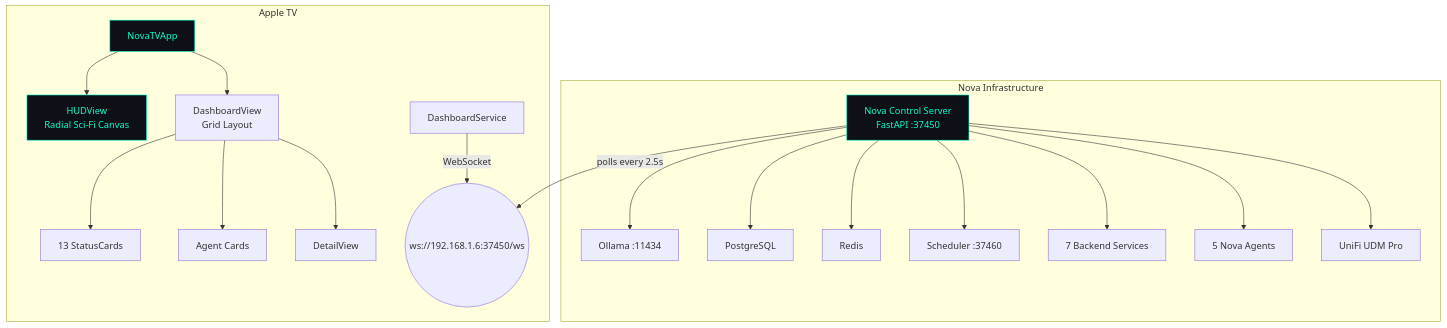
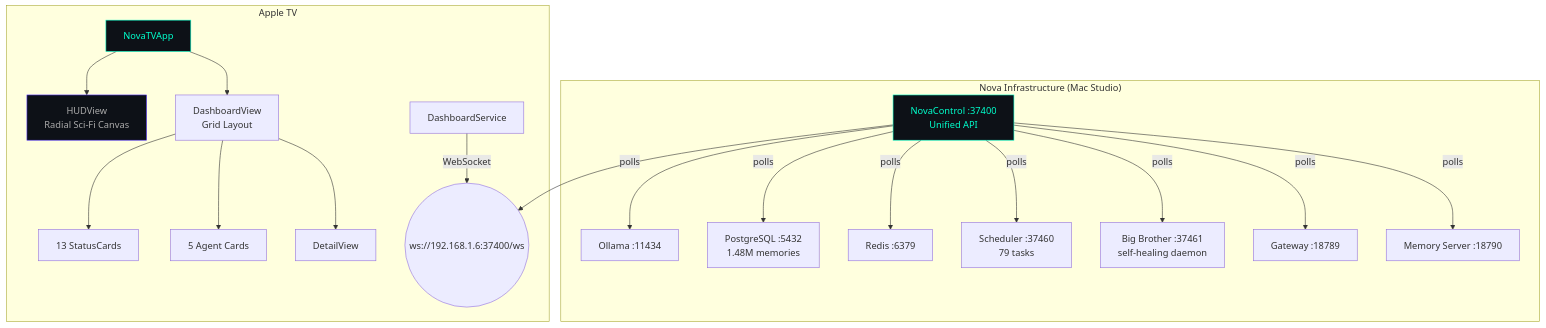
One commit to kochj23/NovaTV changed the diagram in README.md. Above: the diagram before and after it, drawn with Mermaid. The commit also changed other lines of this file, not shown here.

Commit message:
docs: rewrite README — updated to NovaControl :37400, added Big Brother + Memory Server cards, Mermaid diagram

````diff
--- a/README.md
+++ b/README.md
@@ -41,28 +17,28 @@
 ```mermaid
 graph TD
-    subgraph Apple TV
-        A[NovaTVApp] --> B[HUDView<br>Radial Sci-Fi Canvas]
-        A --> C[DashboardView<br>Grid Layout]
-        C --> D[13 StatusCards]
-        C --> E[Agent Cards]
-        C --> F[DetailView]
-        G[DashboardService] -->|WebSocket| H
+    subgraph AppleTV["Apple TV"]
+        App[NovaTVApp] --> HUD[HUDView<br/>Radial Sci-Fi Canvas]
+        App --> Dashboard[DashboardView<br/>Grid Layout]
+        Dashboard --> Cards[13 StatusCards]
+        Dashboard --> Agents[5 Agent Cards]
+        Dashboard --> Detail[DetailView]
+        DS[DashboardService] -->|WebSocket| WS
     end
 
-    H((ws://192.168.1.6:37450/ws))
+    WS((ws://192.168.1.6:37400/ws))
 
-    subgraph Nova Infrastructure
-        I[Nova Control Server<br>FastAPI :37450] --> H
-        I -->|polls every 2.5s| J[Ollama :11434]
-        I --> K[PostgreSQL]
-        I --> L[Redis]
-        I --> M[Scheduler :37460]
-        I --> N[7 Backend Services]
-        I --> O[5 Nova Agents]
-        I --> P[UniFi UDM Pro]
+    subgraph Nova["Nova Infrastructure (Mac Studio)"]
+        NC[NovaControl :37400<br/>Unified API] --> WS
+        NC -->|polls| Ollama[Ollama :11434]
+        NC -->|polls| PG[PostgreSQL :5432<br/>1.48M memories]
+        NC -->|polls| Redis[Redis :6379]
+        NC -->|polls| Sched[Scheduler :37460<br/>79 tasks]
+        NC -->|polls| BB[Big Brother :37461<br/>self-healing daemon]
+        NC -->|polls| GW[Gateway :18789]
+        NC -->|polls| Mem[Memory Server :18790]
     end
 
-    style A fill:#0d1117,stroke:#00ffcc,color:#00ffcc
-    style B fill:#0d1117,stroke:#00ffcc,color:#00ffcc
-    style I fill:#0d1117,stroke:#00ffcc,color:#00ffcc
+    style App fill:#0d1117,stroke:#00ffcc,color:#00ffcc
+    style NC fill:#0d1117,stroke:#00ffcc,color:#00ffcc
+    style HUD fill:#0d1117,stroke:#5535ff,color:#aaa
 ```
````
